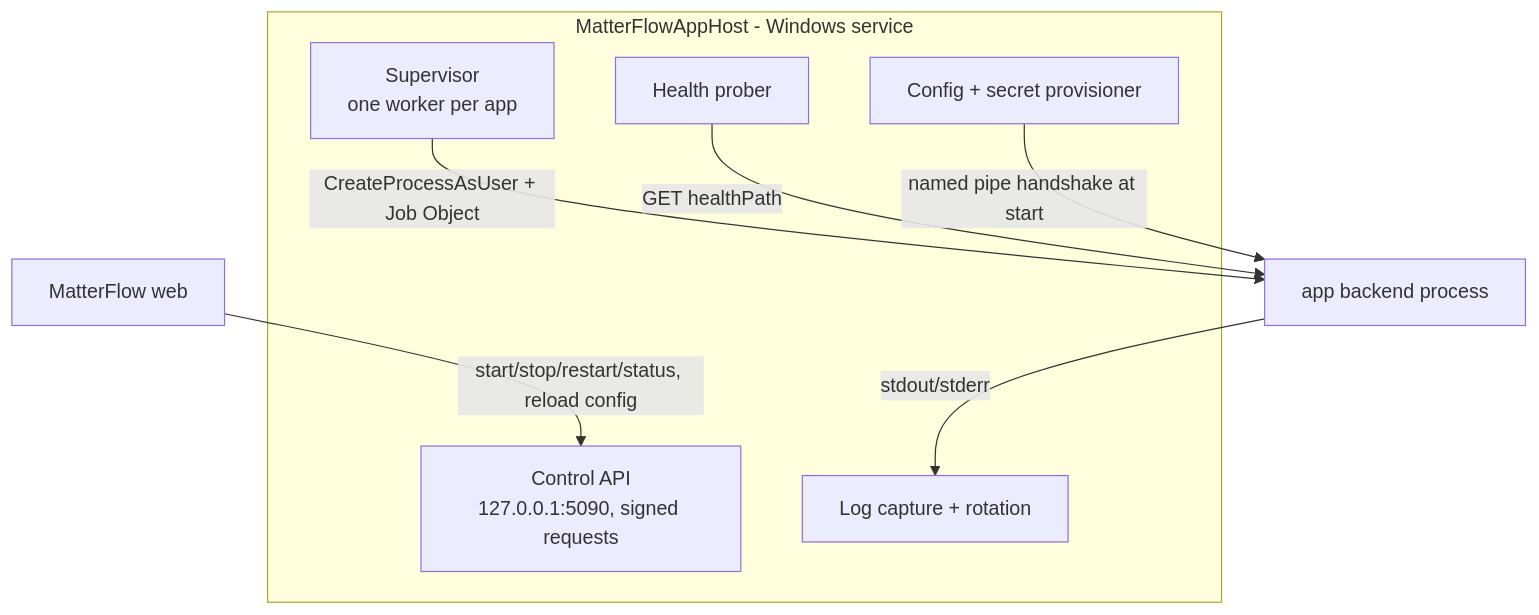
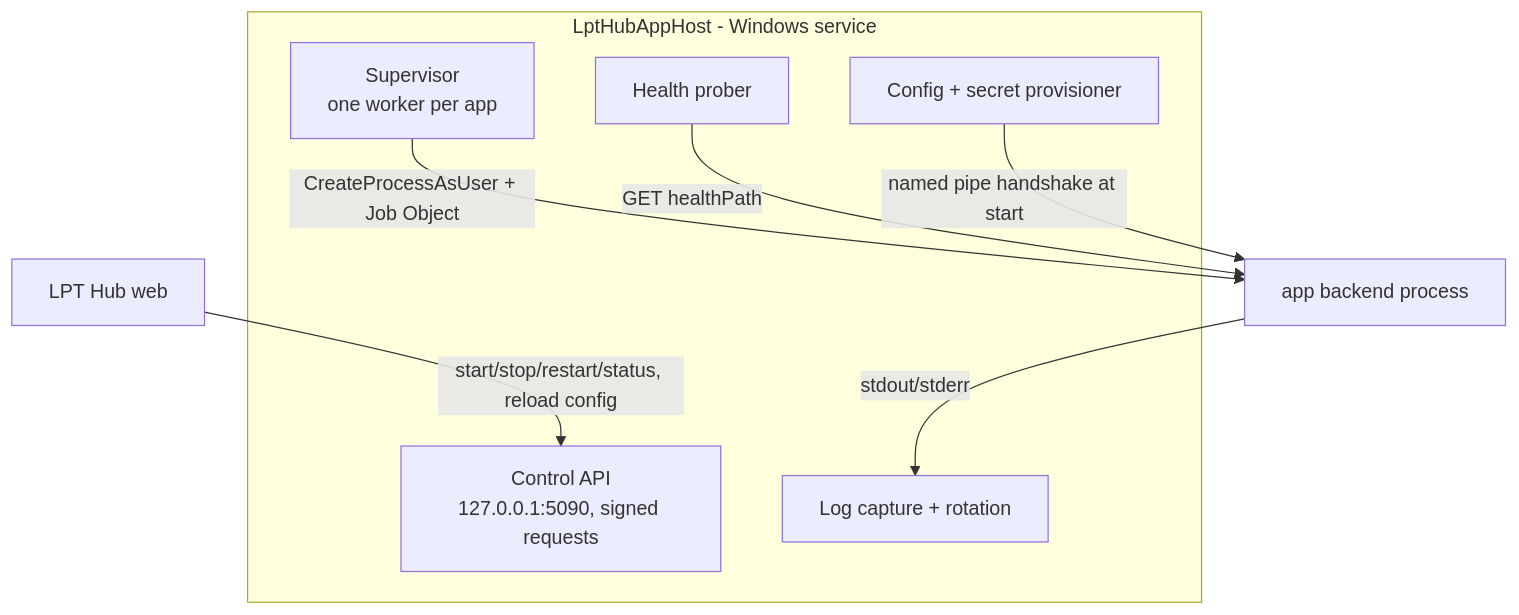
One commit to dent-ist/MatterFlow changed the diagram in app-framework/06-hosting-and-app-host.md. Above: the diagram before and after it, drawn with Mermaid. The commit also changed other lines of this file and 1178 other files, not shown here.

````diff
--- a/app-framework/06-hosting-and-app-host.md
+++ b/app-framework/06-hosting-and-app-host.md
@@ -24,15 +24,15 @@
 ```mermaid
 flowchart TB
-  subgraph AH[MatterFlowAppHost - Windows service]
+  subgraph AH[LptHubAppHost - Windows service]
     CTL[Control API<br/>127.0.0.1:5090, signed requests]
     SUP[Supervisor<br/>one worker per app]
     HLT[Health prober]
     LOG[Log capture + rotation]
     CFG[Config + secret provisioner]
   end
-  WEB[MatterFlow web] -->|start/stop/restart/status, reload config| CTL
+  WEB[LPT Hub web] -->|start/stop/restart/status, reload config| CTL
   SUP -->|CreateProcessAsUser + Job Object| P1[app backend process]
   P1 -->|stdout/stderr| LOG
   HLT -->|GET healthPath| P1
   CFG -->|named pipe handshake at start| P1
 ```
````
